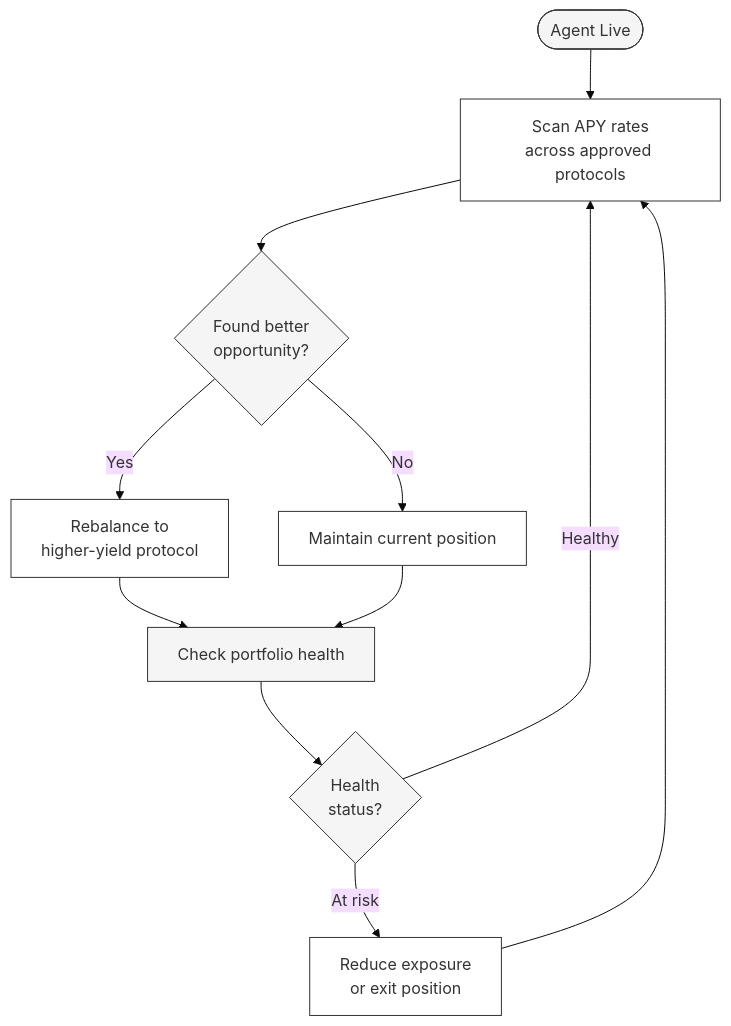
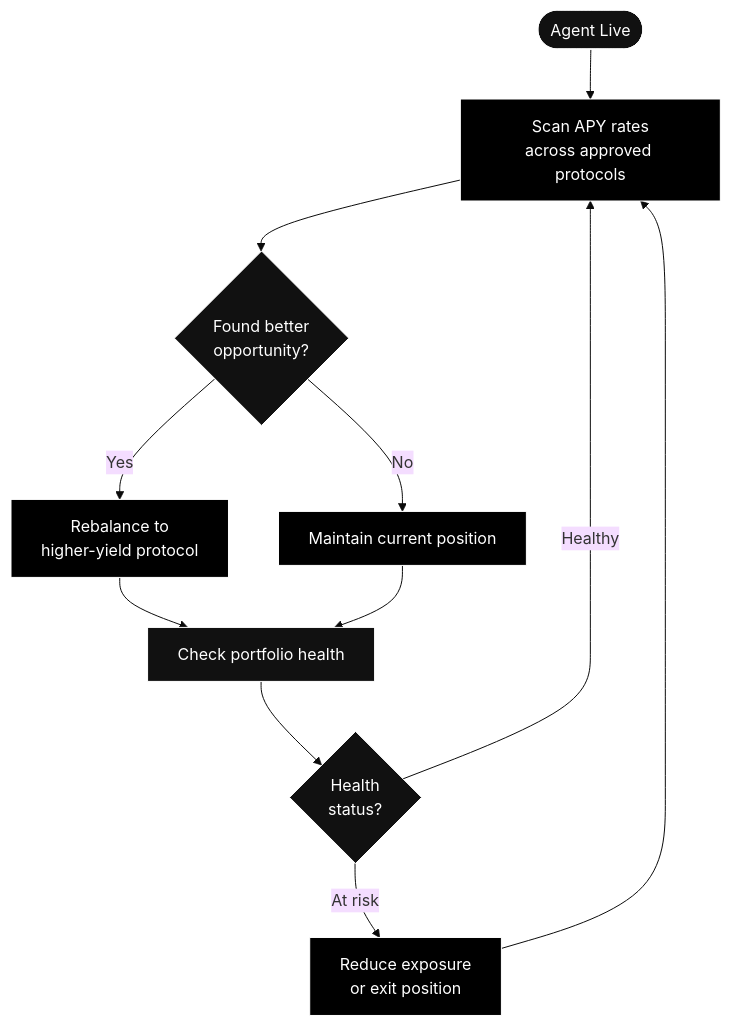
Before and after one commit to TRECC-eth/docs: the diagram in borrowers/getting-started.mdx, drawn with Mermaid (base theme). The commit also changed 12 other files, not shown here.

Commit message:
changed diagram colours

````diff
--- a/borrowers/getting-started.mdx
+++ b/borrowers/getting-started.mdx
@@ -76,22 +76,22 @@
 ```mermaid
 flowchart TD
     START([Agent Live]) --> SCAN[Scan APY rates<br/>across approved protocols]
     SCAN --> BEST{Found better<br/>opportunity?}
     BEST -->|Yes| MOVE[Rebalance to<br/>higher-yield protocol]
     BEST -->|No| HOLD[Maintain current position]
     MOVE --> CHECK[Check portfolio health]
     HOLD --> CHECK
     CHECK --> SAFE{Health<br/>status?}
     SAFE -->|Healthy| SCAN
     SAFE -->|At risk| DERISK[Reduce exposure<br/>or exit position]
     DERISK --> SCAN
 
-    style START fill:#f5f5f5,stroke:#333333
-    style SCAN fill:#ffffff,stroke:#333333
-    style BEST fill:#f5f5f5,stroke:#333333
-    style MOVE fill:#ffffff,stroke:#333333
-    style HOLD fill:#ffffff,stroke:#333333
-    style CHECK fill:#f5f5f5,stroke:#333333
-    style SAFE fill:#f5f5f5,stroke:#333333
-    style DERISK fill:#ffffff,stroke:#333333
+    style START fill:#111111,stroke:#ffffff,color:#ffffff
+    style SCAN fill:#000000,stroke:#ffffff,color:#ffffff
+    style BEST fill:#111111,stroke:#ffffff,color:#ffffff
+    style MOVE fill:#000000,stroke:#ffffff,color:#ffffff
+    style HOLD fill:#000000,stroke:#ffffff,color:#ffffff
+    style CHECK fill:#111111,stroke:#ffffff,color:#ffffff
+    style SAFE fill:#111111,stroke:#ffffff,color:#ffffff
+    style DERISK fill:#000000,stroke:#ffffff,color:#ffffff
 ```
````
